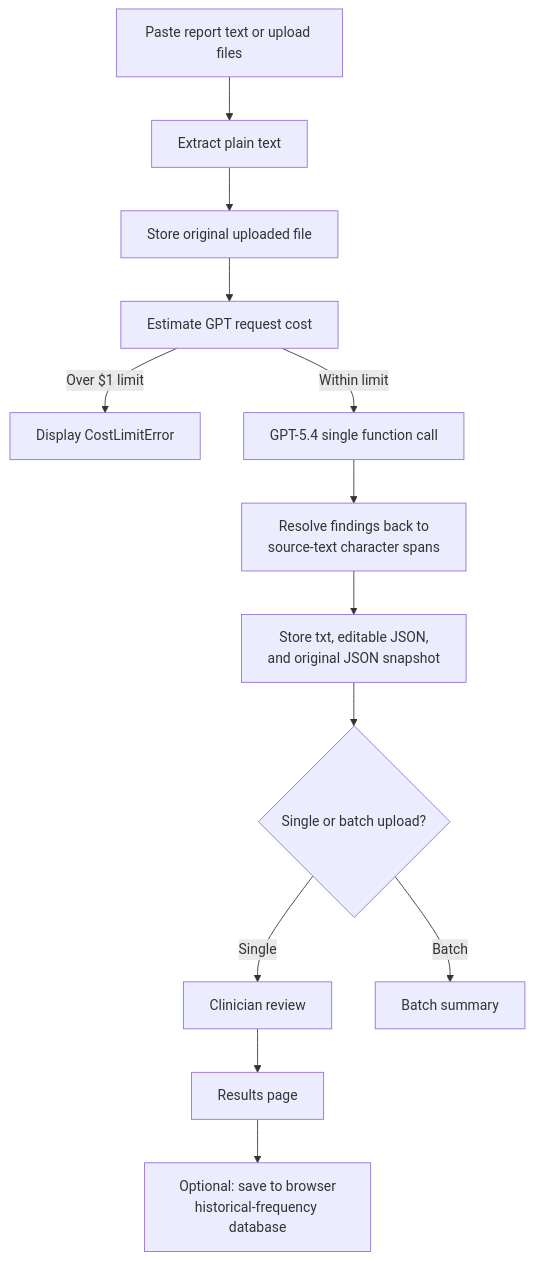
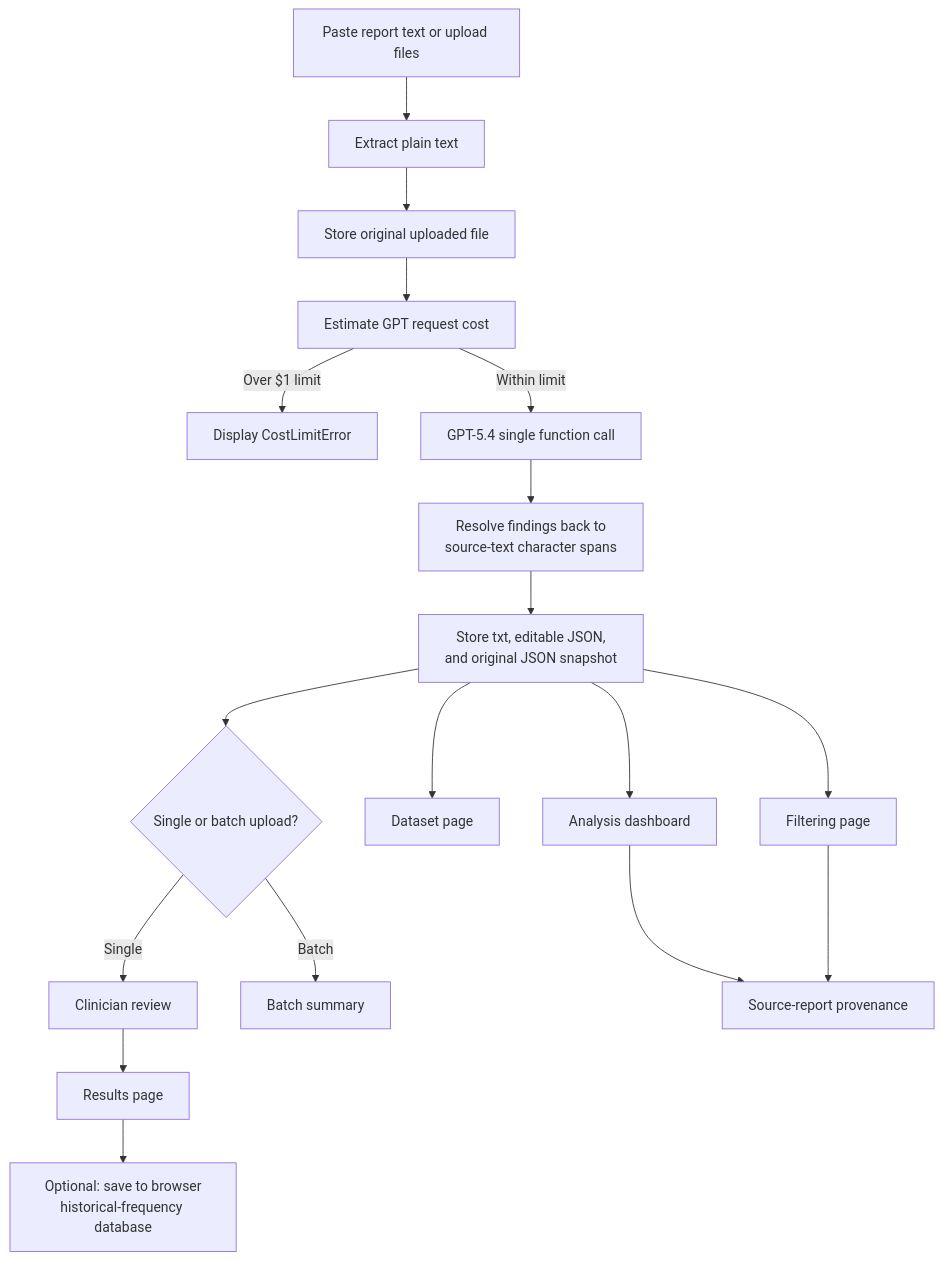
Before and after one commit to nino-triandafilidis/coronary-anomaly-analytics: the third of 3 diagrams in README.md, drawn with Mermaid. The commit also changed other lines of this file, not shown here.

````diff
--- a/README.md
+++ b/README.md
@@ -113,15 +127,20 @@
 ```mermaid
 flowchart TD
     A[Paste report text or upload files] --> B[Extract plain text]
     B --> C[Store original uploaded file]
     C --> D[Estimate GPT request cost]
     D -->|Over $1 limit| X[Display CostLimitError]
     D -->|Within limit| E[GPT-5.4 single function call]
     E --> F[Resolve findings back to<br/>source-text character spans]
     F --> G[Store txt, editable JSON,<br/>and original JSON snapshot]
     G --> H{Single or batch upload?}
     H -->|Single| I[Clinician review]
     H -->|Batch| J[Batch summary]
     I --> K[Results page]
     K --> L[Optional: save to browser<br/>historical-frequency database]
+    G --> M[Dataset page]
+    G --> N[Analysis dashboard]
+    G --> O[Filtering page]
+    N --> P[Source-report provenance]
+    O --> P
 ```
````
